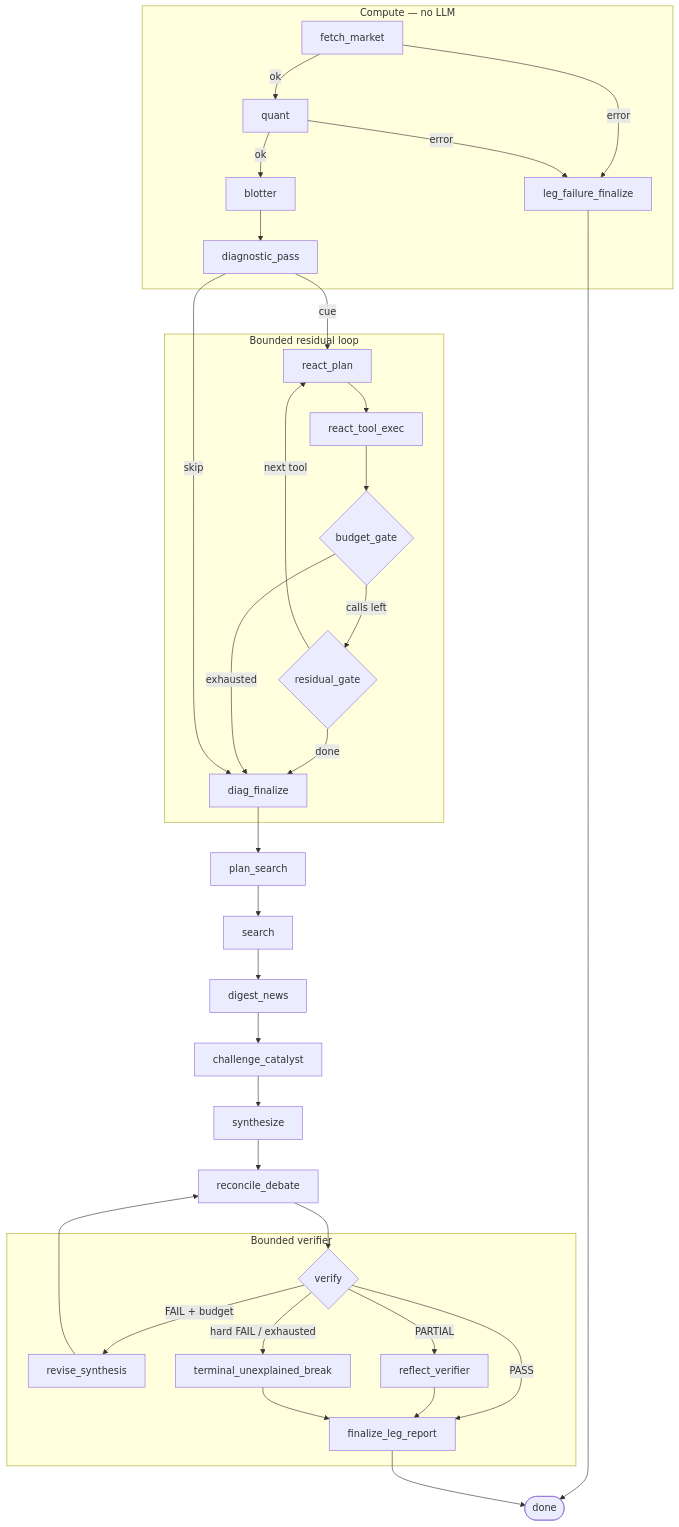
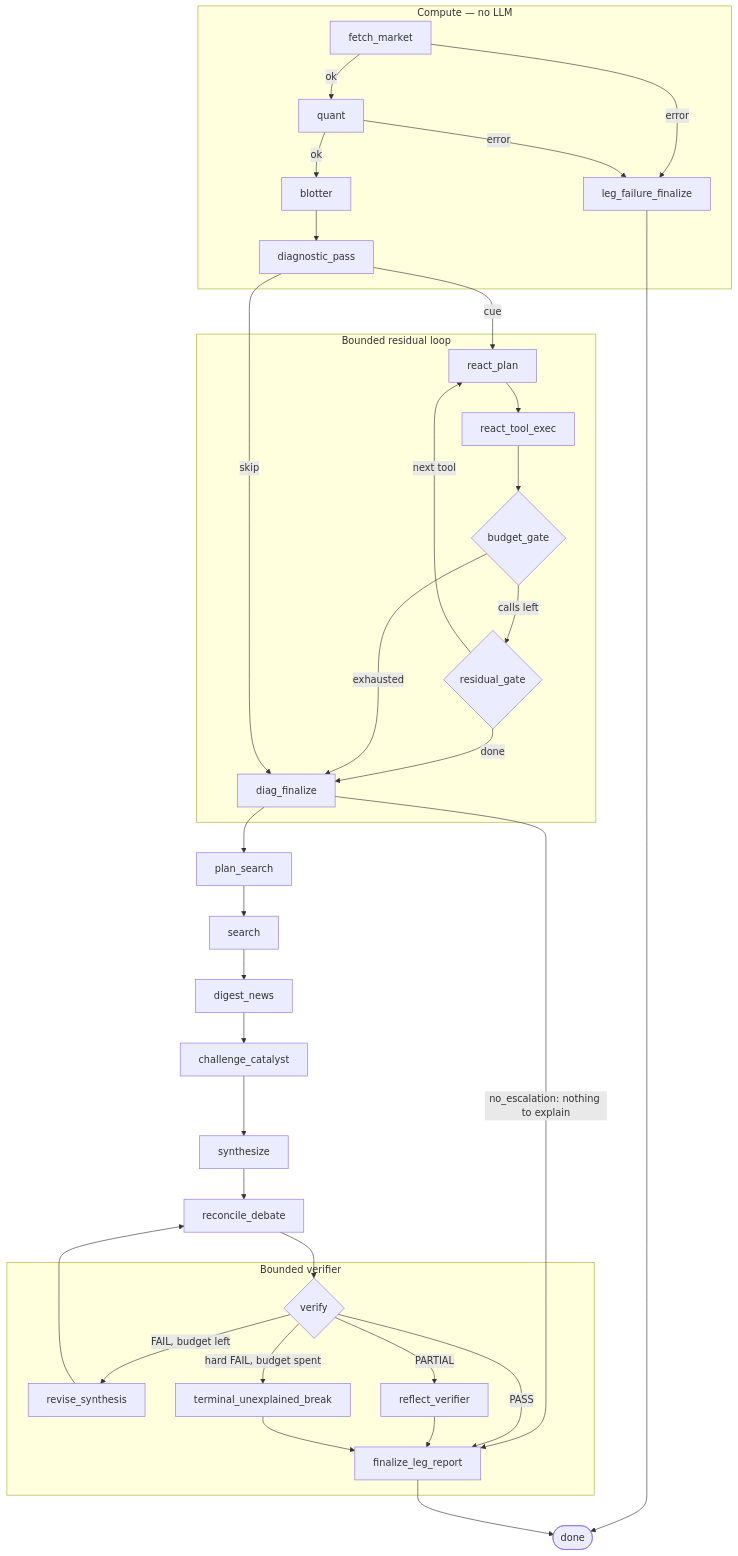
The second of 2 diagrams in README.md (Kmg-Zh/ExplainMyOption), drawn with Mermaid before and after one commit. The commit also changed other lines of this file and 34 other files, not shown here.

Commit message:
docs: README (install, run log, two-trigger escalation, mermaid), regenerated samples, stale paths, work-order report, jargon cleanup; verifier guard confirmation widened

````diff
--- a/README.md
+++ b/README.md
@@ -234,39 +240,40 @@
 ```mermaid
 flowchart TB
   subgraph compute["Compute — no LLM"]
     FM[fetch_market] -->|ok| Q[quant]
     FM -->|error| FAIL[leg_failure_finalize]
     Q -->|ok| BL[blotter]
     Q -->|error| FAIL
     BL --> DP[diagnostic_pass]
   end
 
   subgraph residual["Bounded residual loop"]
     RP[react_plan] --> EX[react_tool_exec] --> BG{budget_gate}
     BG -->|calls left| RG{residual_gate}
     RG -->|next tool| RP
     RG -->|done| DF[diag_finalize]
     BG -->|exhausted| DF
   end
 
   DP -->|cue| RP
   DP -->|skip| DF
+  DF -->|no_escalation: nothing to explain| FIN[finalize_leg_report]
 
   DF --> PS[plan_search] --> SE[search] --> DG[digest_news]
   DG --> CH[challenge_catalyst] --> SY[synthesize] --> RC[reconcile_debate]
 
   subgraph verify["Bounded verifier"]
     VF{verify}
-    VF -->|PASS| FIN[finalize_leg_report]
-    VF -->|FAIL + budget| REV[revise_synthesis]
+    VF -->|PASS| FIN
+    VF -->|FAIL, budget left| REV[revise_synthesis]
     VF -->|PARTIAL| REF[reflect_verifier]
-    VF -->|hard FAIL / exhausted| TUB[terminal_unexplained_break]
+    VF -->|hard FAIL, budget spent| TUB[terminal_unexplained_break]
   end
 
   RC --> VF
   REV --> RC
   REF --> FIN
   TUB --> FIN
   FAIL --> DONE([done])
   FIN --> DONE
 ```
````
